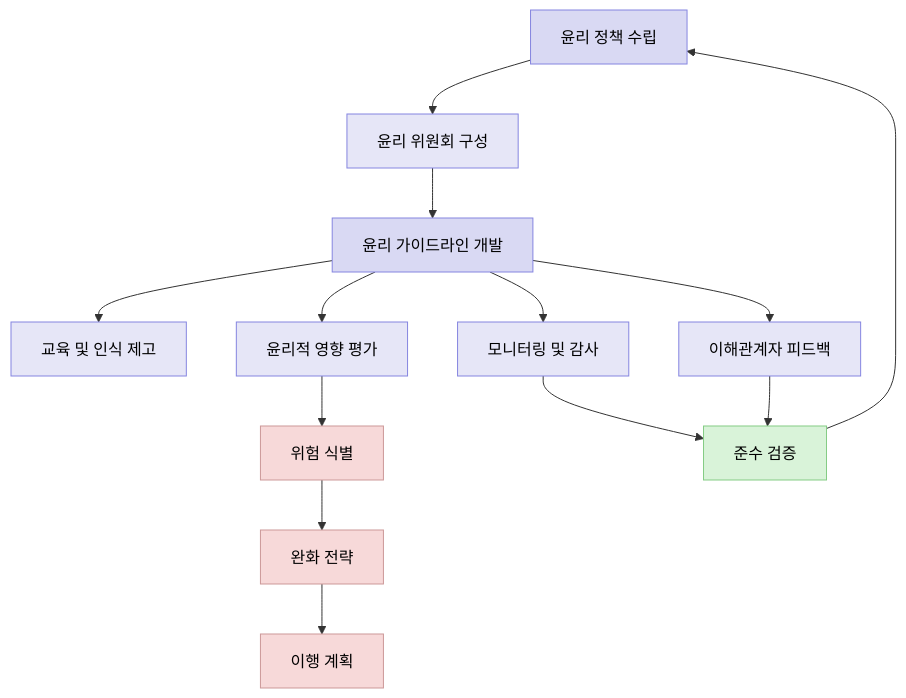
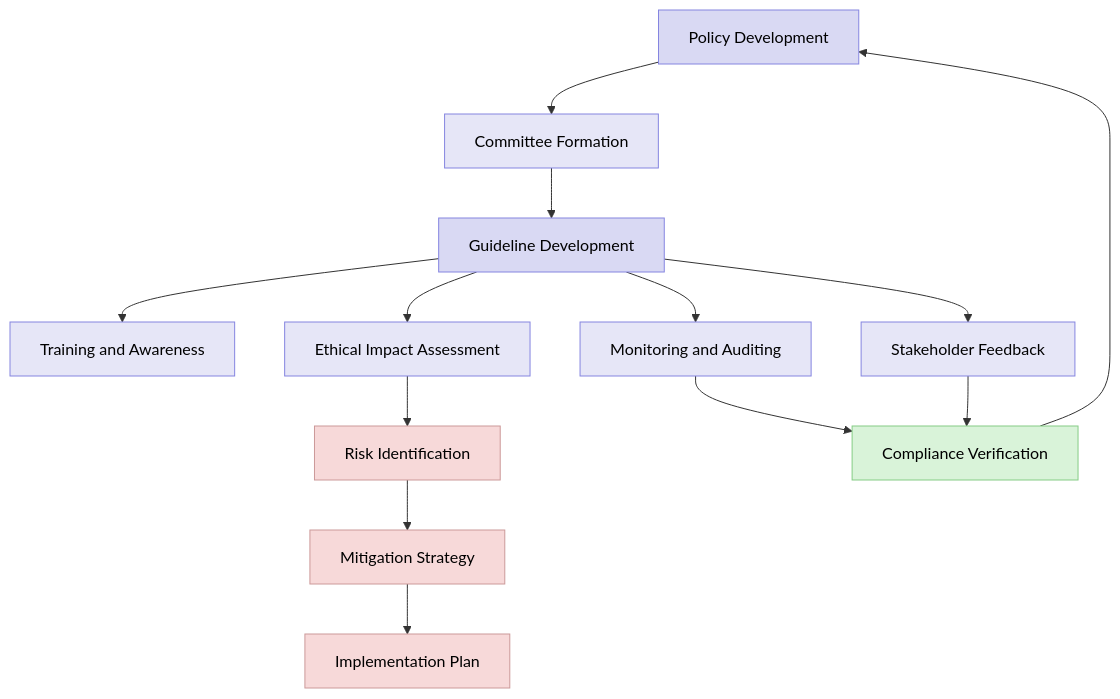
One commit to bbalganjjm/prompt-driven-development changed the sixth of 6 diagrams in 8.prompt-driven-development-methodology-considerations.md. Above: the diagram before and after it, drawn with Mermaid. The commit also changed other lines of this file and 3 other files, not shown here.

````diff
--- a/8.prompt-driven-development-methodology-considerations.md
+++ b/8.prompt-driven-development-methodology-considerations.md
@@ -349,29 +336,29 @@
 ```mermaid
 graph TD
-    A[윤리 정책 수립] --> B[윤리 위원회 구성]
-    B --> C[윤리 가이드라인 개발]
-    C --> D[교육 및 인식 제고]
-    C --> E[윤리적 영향 평가]
-    C --> F[모니터링 및 감사]
-    C --> G[이해관계자 피드백]
+    A[Policy Development] --> B[Committee Formation]
+    B --> C[Guideline Development]
+    C --> D[Training and Awareness]
+    C --> E[Ethical Impact Assessment]
+    C --> F[Monitoring and Auditing]
+    C --> G[Stakeholder Feedback]
     
-    E --> H[위험 식별]
-    H --> I[완화 전략]
-    I --> J[이행 계획]
+    E --> H[Risk Identification]
+    H --> I[Mitigation Strategy]
+    I --> J[Implementation Plan]
     
-    F --> K[준수 검증]
+    F --> K[Compliance Verification]
     G --> K
     K --> A
     
     style A fill:#d9d9f3,stroke:#8585e0,color:#000000
     style B fill:#e6e6f7,stroke:#8585e0,color:#000000
     style C fill:#d9d9f3,stroke:#8585e0,color:#000000
     style D fill:#e6e6f7,stroke:#8585e0,color:#000000
     style E fill:#e6e6f7,stroke:#8585e0,color:#000000
     style F fill:#e6e6f7,stroke:#8585e0,color:#000000
     style G fill:#e6e6f7,stroke:#8585e0,color:#000000
     style H fill:#f7d9d9,stroke:#cc9999,color:#000000
     style I fill:#f7d9d9,stroke:#cc9999,color:#000000
     style J fill:#f7d9d9,stroke:#cc9999,color:#000000
     style K fill:#d9f3d9,stroke:#85cc85,color:#000000
 ```
````
